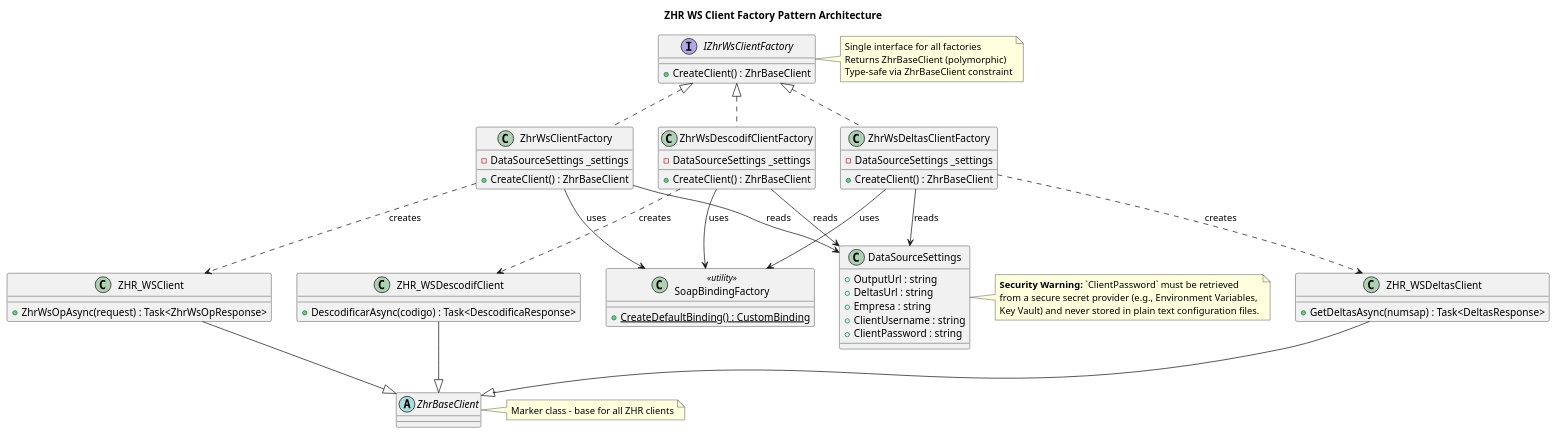
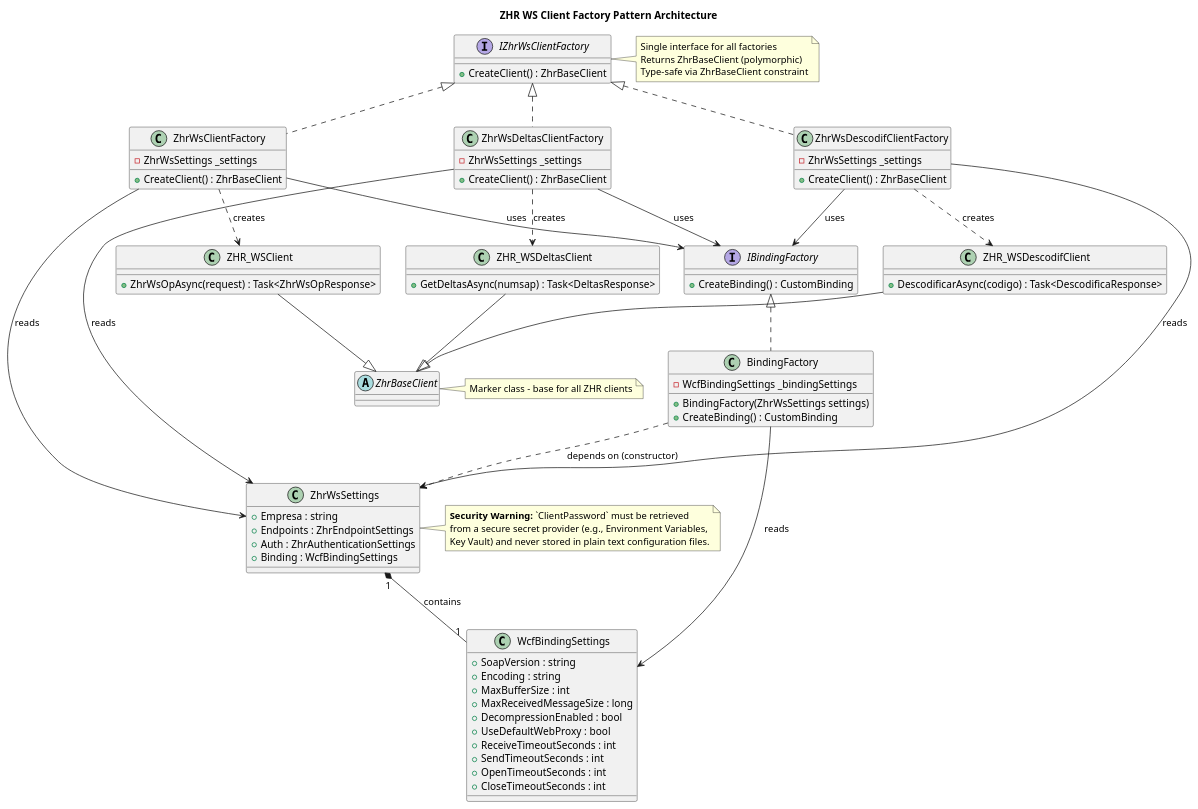
The diagram in docs/domain/zhr/client-factory-class-diagram.md (Raimundo82/pessoas-integracao), drawn with PlantUML before and after one commit. The commit also changed 10 other files, not shown here.

First line of the commit message:
feat(sync-infra): add WCF Binding factory capability (#650)

```diff
--- a/docs/domain/zhr/client-factory-class-diagram.md
+++ b/docs/domain/zhr/client-factory-class-diagram.md
@@ -27,56 +27,77 @@
 
 ' ========== FACTORY IMPLEMENTATIONS ==========
 class ZhrWsClientFactory implements IZhrWsClientFactory {
-  - DataSourceSettings _settings
+  - ZhrWsSettings _settings
   + CreateClient() : ZhrBaseClient
 }
 
 class ZhrWsDeltasClientFactory implements IZhrWsClientFactory {
-  - DataSourceSettings _settings
+  - ZhrWsSettings _settings
   + CreateClient() : ZhrBaseClient
 }
 
 class ZhrWsDescodifClientFactory implements IZhrWsClientFactory {
-  - DataSourceSettings _settings
+  - ZhrWsSettings _settings
   + CreateClient() : ZhrBaseClient
 }
 
 ' ========== BINDING FACTORY ==========
-class SoapBindingFactory <<utility>> {
-  + {static} CreateDefaultBinding() : CustomBinding
+interface IBindingFactory {
+  + CreateBinding() : CustomBinding
+}
+
+class BindingFactory implements IBindingFactory {
+  - WcfBindingSettings _bindingSettings
+  + BindingFactory(ZhrWsSettings settings)
+  + CreateBinding() : CustomBinding
 }
 
 ' ========== CONFIGURATION ==========
-class DataSourceSettings {
-  + OutputUrl : string
-  + DeltasUrl : string
+class ZhrWsSettings {
   + Empresa : string
-  + ClientUsername : string
-  + ClientPassword : string
+  + Endpoints : ZhrEndpointSettings
+  + Auth : ZhrAuthenticationSettings
+  + Binding : WcfBindingSettings
 }
 
-note right of DataSourceSettings
+class WcfBindingSettings {
+  + SoapVersion : string
+  + Encoding : string
+  + MaxBufferSize : int
+  + MaxReceivedMessageSize : long
+  + DecompressionEnabled : bool
+  + UseDefaultWebProxy : bool
+  + ReceiveTimeoutSeconds : int
+  + SendTimeoutSeconds : int
+  + OpenTimeoutSeconds : int
+  + CloseTimeoutSeconds : int
+}
+
+note right of ZhrWsSettings
   **Security Warning:** `ClientPassword` must be retrieved
   from a secure secret provider (e.g., Environment Variables,
   Key Vault) and never stored in plain text configuration files.
 end note
 
-' ========== RELATIONS ==========
+ZhrWsSettings "1" *-- "1" WcfBindingSettings : contains
+BindingFactory ..> ZhrWsSettings : depends on (constructor)
 ZHR_WSClient --|> ZhrBaseClient
 ZHR_WSDeltasClient --|> ZhrBaseClient
 ZHR_WSDescodifClient --|> ZhrBaseClient
 
-ZhrWsClientFactory --> DataSourceSettings : reads
-ZhrWsClientFactory --> SoapBindingFactory : uses
+ZhrWsClientFactory --> ZhrWsSettings : reads
+ZhrWsClientFactory --> IBindingFactory : uses
 ZhrWsClientFactory ..> ZHR_WSClient : creates
 
-ZhrWsDeltasClientFactory --> DataSourceSettings : reads
-ZhrWsDeltasClientFactory --> SoapBindingFactory : uses
+ZhrWsDeltasClientFactory --> ZhrWsSettings : reads
+ZhrWsDeltasClientFactory --> IBindingFactory : uses
 ZhrWsDeltasClientFactory ..> ZHR_WSDeltasClient : creates
 
-ZhrWsDescodifClientFactory --> DataSourceSettings : reads
-ZhrWsDescodifClientFactory --> SoapBindingFactory : uses
+ZhrWsDescodifClientFactory --> ZhrWsSettings : reads
+ZhrWsDescodifClientFactory --> IBindingFactory : uses
 ZhrWsDescodifClientFactory ..> ZHR_WSDescodifClient : creates
+
+BindingFactory --> WcfBindingSettings : reads
 
 note right of ZhrBaseClient
   Marker class - base for all ZHR clients
```
